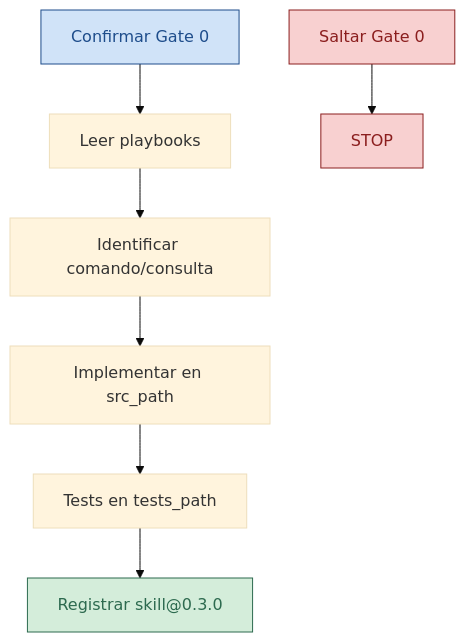
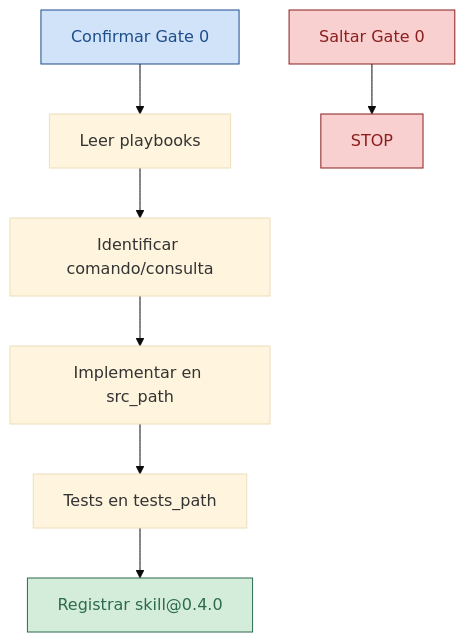
The diagram in skills/csharp-adr006-slice/SKILL.md (Cyberdine-Systems-Corporation/sdaf-stack-dotnet), drawn with Mermaid (base theme) before and after one commit. The commit also changed other lines of this file and 31 other files, not shown here.

````diff
--- a/skills/csharp-adr006-slice/SKILL.md
+++ b/skills/csharp-adr006-slice/SKILL.md
@@ -39,19 +39,19 @@
 ```mermaid
 flowchart TD
   g0[Confirmar Gate 0] --> pb[Leer playbooks]
   pb --> id[Identificar comando/consulta]
   id --> impl[Implementar en src_path]
   impl --> tests[Tests en tests_path]
-  tests --> wl[Registrar skill@0.3.0]
+  tests --> wl[Registrar skill@0.4.0]
   skip[Saltar Gate 0] --> stop[STOP]
 
   classDef stop fill:#f8d0d0,stroke:#8b1e1e,color:#8b1e1e
   classDef ok fill:#d4edda,stroke:#2d6a4f,color:#2d6a4f
   classDef stub fill:#e9ecef,stroke:#6c757d,color:#6c757d
   classDef core fill:#d0e3f8,stroke:#1e4d8b,color:#1e4d8b
 
   class stop stop
   class wl ok
   class g0 core
   class skip stop
 ```
````
